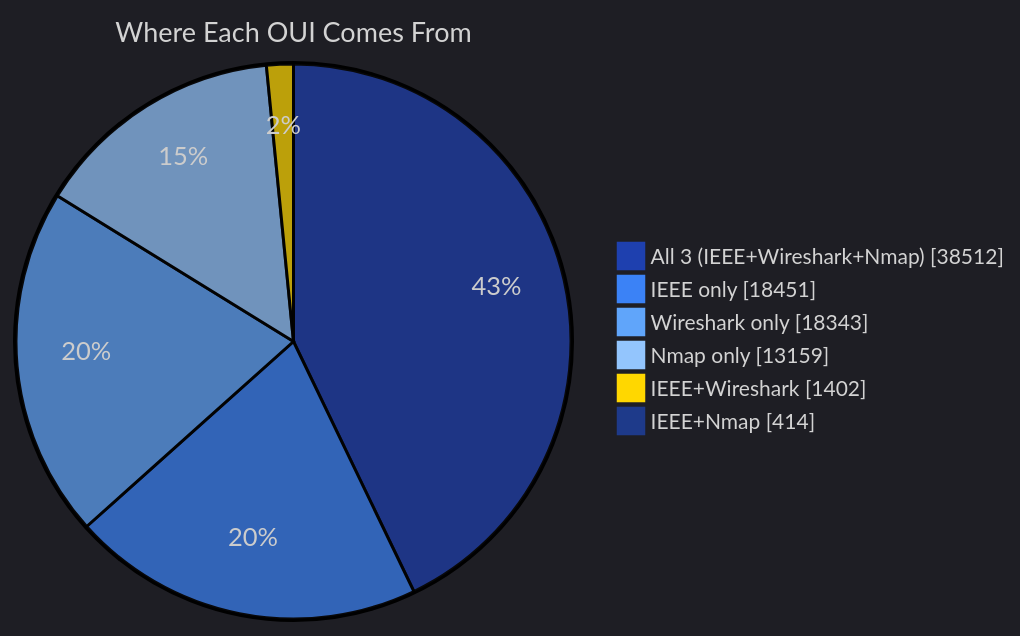
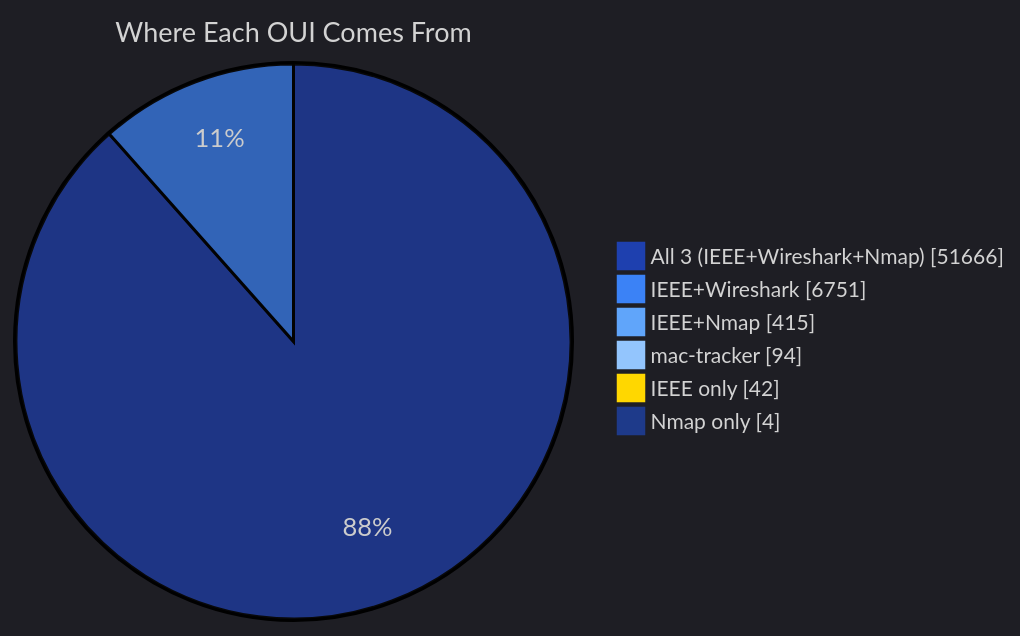
The second of 5 diagrams in data/readmes/Ringmast4r__OUI-Master-Database.md (zqf20096327/dbhub_collect), drawn with Mermaid before and after one commit. The commit also changed other lines of this file and 1757 other files, not shown here.

````diff
--- a/data/readmes/Ringmast4r__OUI-Master-Database.md
+++ b/data/readmes/Ringmast4r__OUI-Master-Database.md
@@ -158,11 +97,11 @@
 ```mermaid
 %%{init: {'theme':'dark', 'themeVariables': {'pie1':'#1E40AF','pie2':'#3B82F6','pie3':'#60A5FA','pie4':'#93C5FD','pie5':'#FFD700','pie6':'#1E3A8A','pieTitleTextSize':'18px','pieLegendTextSize':'14px'}}}%%
 pie showData
     title Where Each OUI Comes From
-    "All 3 (IEEE+Wireshark+Nmap)" : 38512
-    "IEEE only" : 18451
-    "Wireshark only" : 18343
-    "Nmap only" : 13159
-    "IEEE+Wireshark" : 1402
-    "IEEE+Nmap" : 414
+    "All 3 (IEEE+Wireshark+Nmap)" : 51666
+    "IEEE+Wireshark" : 6751
+    "IEEE+Nmap" : 415
+    "mac-tracker" : 94
+    "IEEE only" : 42
+    "Nmap only" : 4
 ```
````
